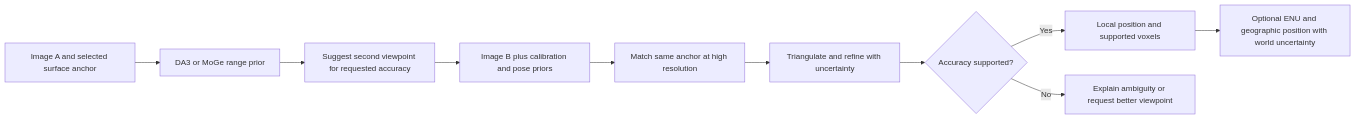
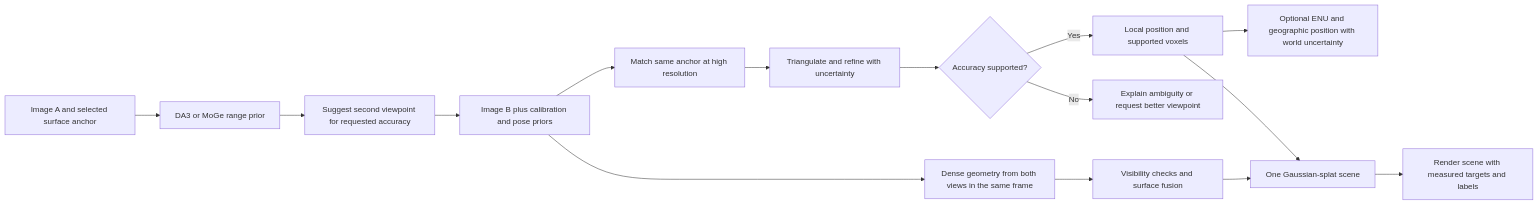
Before and after one commit to mraad/Apollo-Spatial-VLM: the diagram in docs/two-view-localization.md, drawn with Mermaid. The commit also changed other lines of this file and 1 other file, not shown here.

Commit message:
docs: require fused Gaussian scene in two-view proposal

````diff
--- a/docs/two-view-localization.md
+++ b/docs/two-view-localization.md
@@ -130,12 +130,17 @@
 ```mermaid
 flowchart LR
     A[Image A and selected surface anchor] --> B[DA3 or MoGe range prior]
     B --> C[Suggest second viewpoint for requested accuracy]
     C --> D[Image B plus calibration and pose priors]
     D --> E[Match same anchor at high resolution]
     E --> F[Triangulate and refine with uncertainty]
     F --> G{Accuracy supported?}
     G -->|Yes| H[Local position and supported voxels]
     G -->|No| I[Explain ambiguity or request better viewpoint]
     H --> J[Optional ENU and geographic position with world uncertainty]
+    D --> K[Dense geometry from both views in the same frame]
+    K --> L[Visibility checks and surface fusion]
+    L --> M[One Gaussian-splat scene]
+    H --> M
+    M --> N[Render scene with measured targets and labels]
 ```
````
